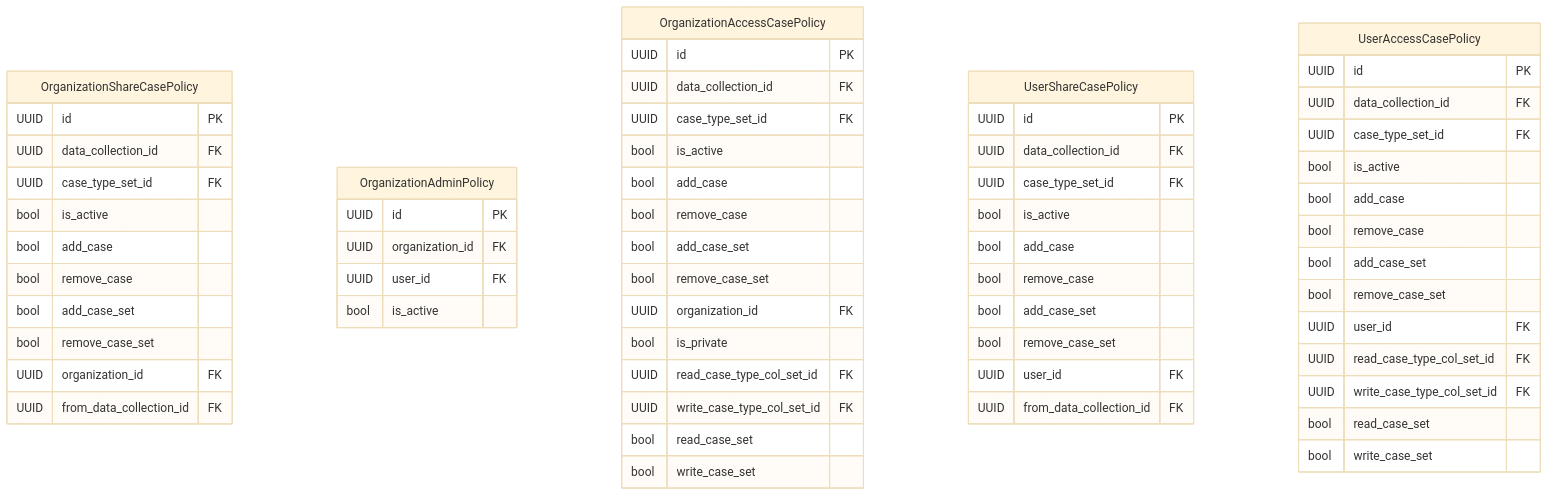
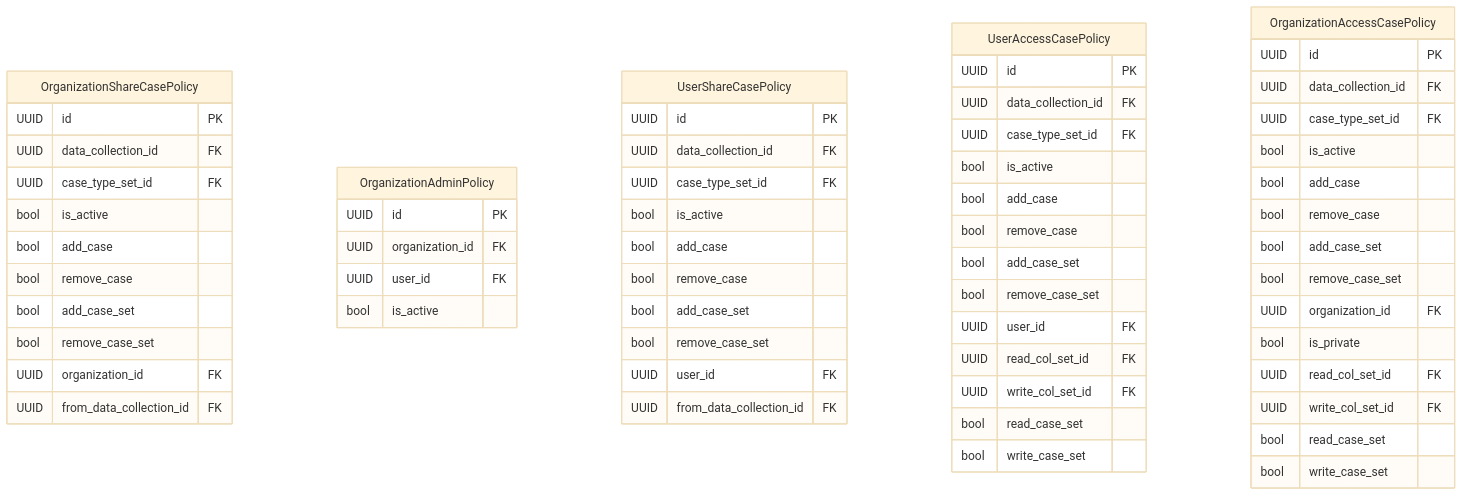
Before and after one commit to RIVM-bioinformatics/gen-epix-api: the diagram in docs/erm/casedb.abac.detailed.md, drawn with Mermaid (base theme). The commit also changed 176 other files, not shown here.

Commit message:
feat!: lsp-2971 rename dim/col to ref dim/ref col and case type dim/col to dim/col (#425)

````diff
--- a/docs/erm/casedb.abac.detailed.md
+++ b/docs/erm/casedb.abac.detailed.md
@@ -5,72 +5,72 @@
 ```mermaid
 erDiagram
     %% casedb / ABAC (detailed)
 
     %% Entity definitions
     OrganizationShareCasePolicy {
         UUID id PK
         UUID data_collection_id FK
         UUID case_type_set_id FK
         bool is_active
         bool add_case
         bool remove_case
         bool add_case_set
         bool remove_case_set
         UUID organization_id FK
         UUID from_data_collection_id FK
     }
 
     OrganizationAdminPolicy {
         UUID id PK
         UUID organization_id FK
         UUID user_id FK
         bool is_active
     }
 
-    OrganizationAccessCasePolicy {
-        UUID id PK
-        UUID data_collection_id FK
-        UUID case_type_set_id FK
-        bool is_active
-        bool add_case
-        bool remove_case
-        bool add_case_set
-        bool remove_case_set
-        UUID organization_id FK
-        bool is_private
-        UUID read_case_type_col_set_id FK
-        UUID write_case_type_col_set_id FK
-        bool read_case_set
-        bool write_case_set
-    }
-
     UserShareCasePolicy {
         UUID id PK
         UUID data_collection_id FK
         UUID case_type_set_id FK
         bool is_active
         bool add_case
         bool remove_case
         bool add_case_set
         bool remove_case_set
         UUID user_id FK
         UUID from_data_collection_id FK
     }
 
     UserAccessCasePolicy {
         UUID id PK
         UUID data_collection_id FK
         UUID case_type_set_id FK
         bool is_active
         bool add_case
         bool remove_case
         bool add_case_set
         bool remove_case_set
         UUID user_id FK
-        UUID read_case_type_col_set_id FK
-        UUID write_case_type_col_set_id FK
+        UUID read_col_set_id FK
+        UUID write_col_set_id FK
+        bool read_case_set
+        bool write_case_set
+    }
+
+    OrganizationAccessCasePolicy {
+        UUID id PK
+        UUID data_collection_id FK
+        UUID case_type_set_id FK
+        bool is_active
+        bool add_case
+        bool remove_case
+        bool add_case_set
+        bool remove_case_set
+        UUID organization_id FK
+        bool is_private
+        UUID read_col_set_id FK
+        UUID write_col_set_id FK
         bool read_case_set
         bool write_case_set
     }
 
 ```
````
